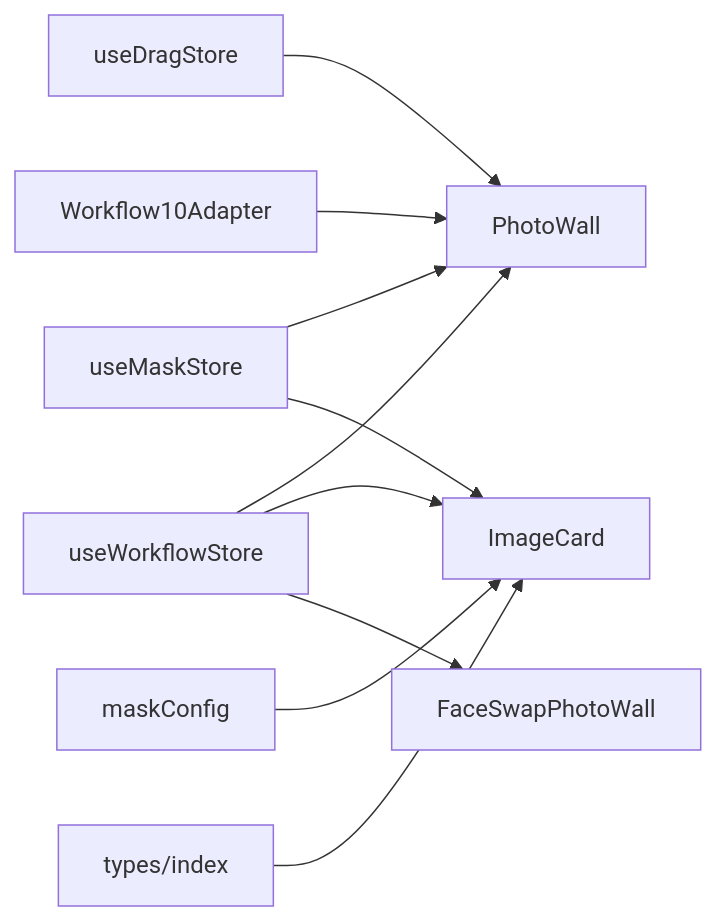
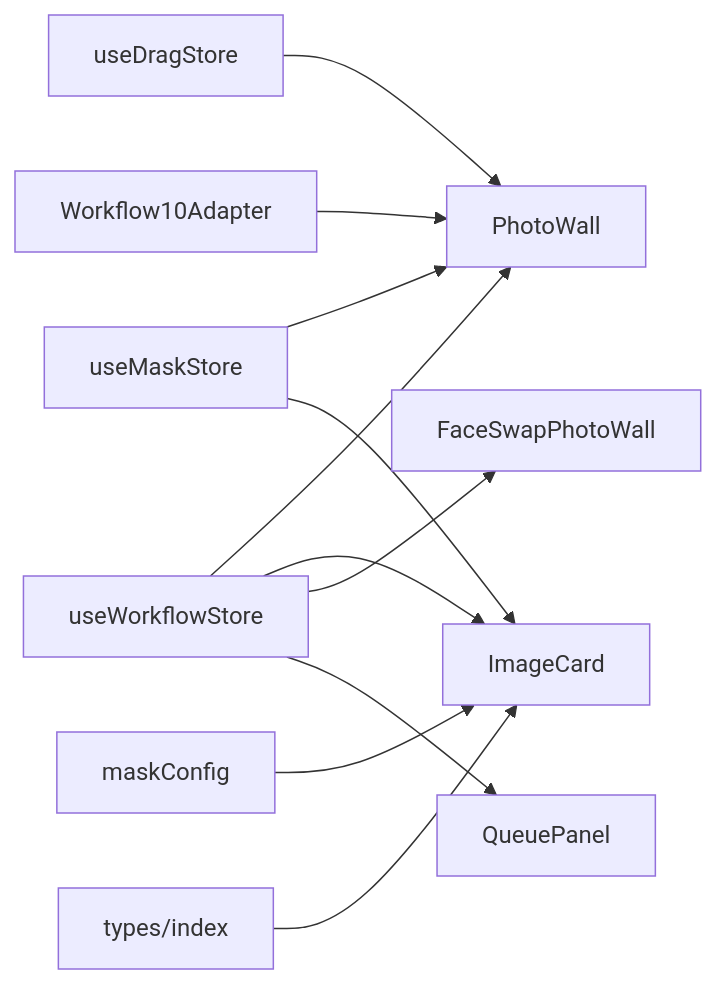
The tenth of 11 diagrams in .qoder/repowiki/zh/content/用户界面组件/核心界面组件/图片墙组件 (PhotoWall).md (billye220670/CorineKit_Pix2Real), drawn with Mermaid before and after one commit. The commit also changed other lines of this file and 10 other files, not shown here.

Commit message:
feat: LoRA触发词右键上下文菜单与未使用检测 - 新增PromptContextMenu多层级右键菜单组件 - 移除侧边栏LoRA触发词文本显示，改为未使用时黄色警告图标 - 提示词输入框右键弹出菜单，支持插入LoRA触发词和标签分类数据 - Text2ImgSidebar和ZITSidebar同步更新

````diff
--- a/.qoder/repowiki/zh/content/用户界面组件/核心界面组件/图片墙组件 (PhotoWall).md
+++ b/.qoder/repowiki/zh/content/用户界面组件/核心界面组件/图片墙组件 (PhotoWall).md
@@ -372,12 +440,13 @@
 ```mermaid
 graph LR
 WFS["useWorkflowStore"] --> PW["PhotoWall"]
 WFS --> IC["ImageCard"]
 WFS --> FSPW["FaceSwapPhotoWall"]
+WFS --> QP["QueuePanel"]
 DS["useDragStore"] --> PW
 MS["useMaskStore"] --> PW
 MS --> IC
 MC["maskConfig"] --> IC
 WA["Workflow10Adapter"] --> PW
 T["types/index"] --> IC
 ```
````
